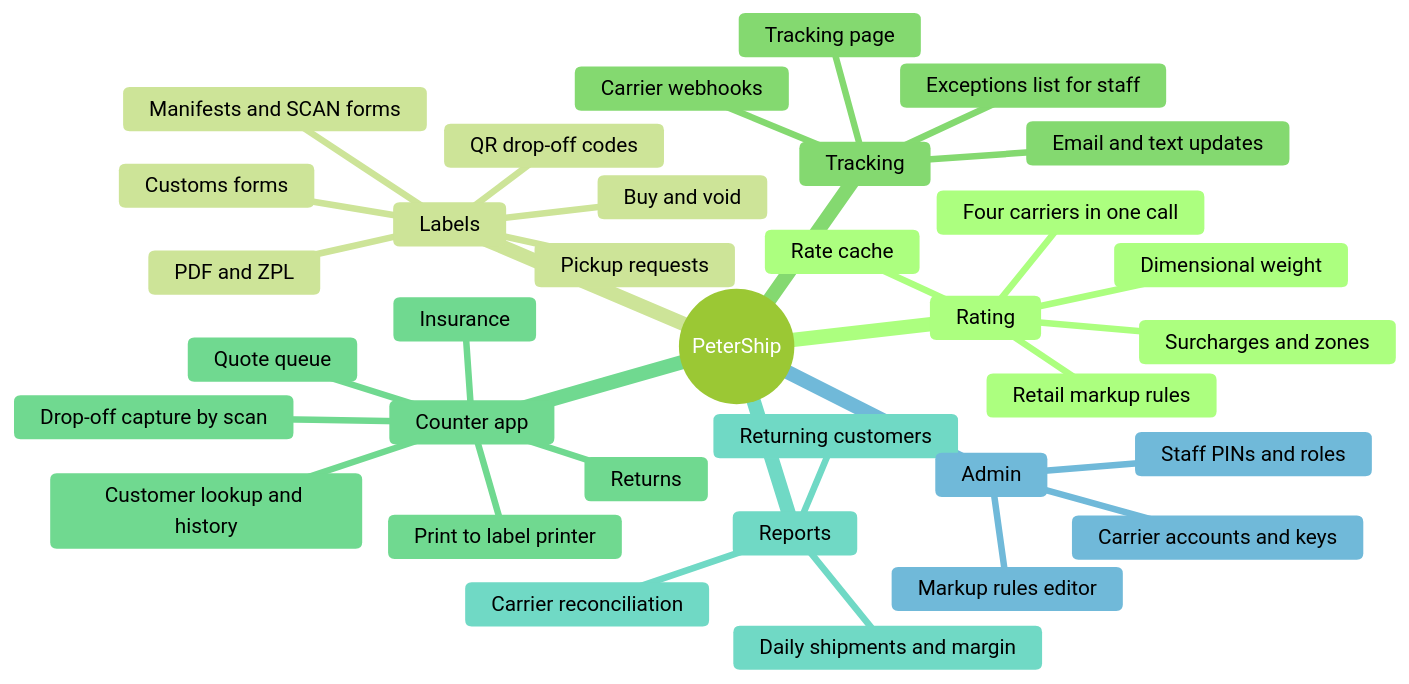
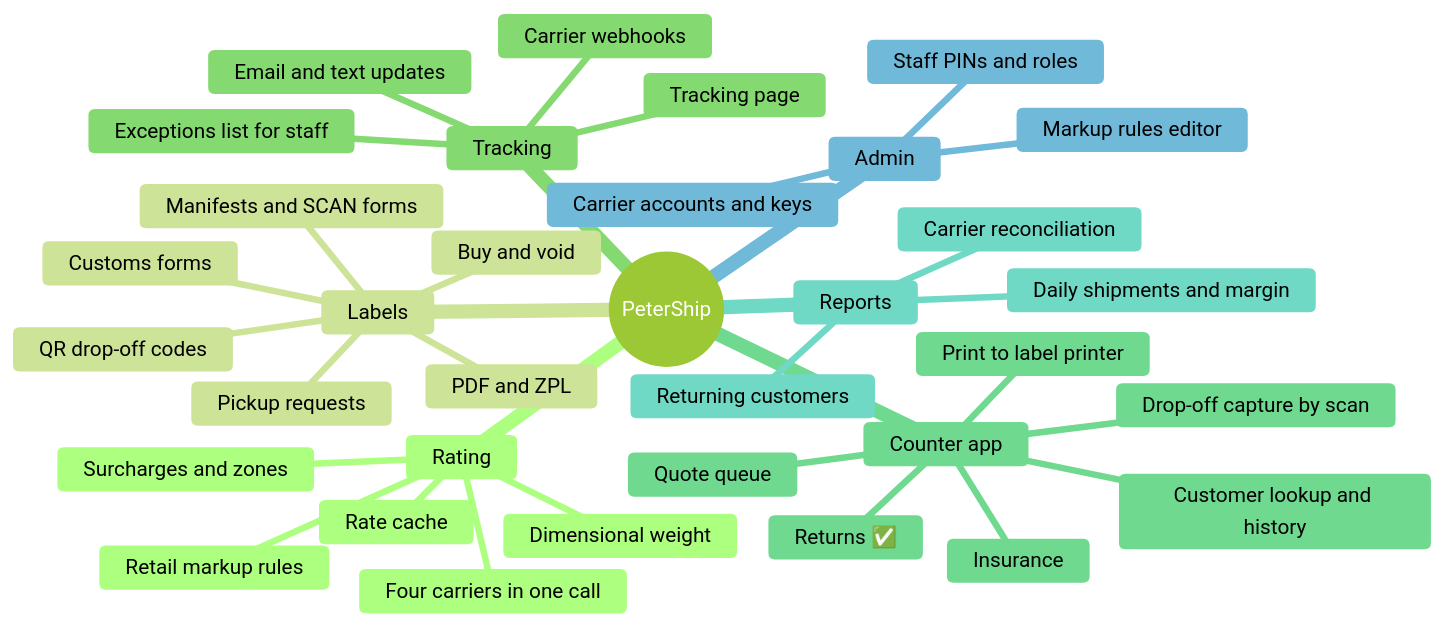
The fifth of 8 diagrams in shipping-client/README.md (wbp318/goin-postal-forsythe), drawn with Mermaid (forest theme) before and after one commit. The commit also changed other lines of this file and 9 other files, not shown here.

````diff
--- a/shipping-client/README.md
+++ b/shipping-client/README.md
@@ -408,37 +411,37 @@
 ```mermaid
 mindmap
   root((PeterShip))
     Rating
       Four carriers in one call
       Dimensional weight
       Surcharges and zones
       Retail markup rules
       Rate cache
     Labels
       Buy and void
       PDF and ZPL
       QR drop-off codes
       Customs forms
       Manifests and SCAN forms
       Pickup requests
     Tracking
       Carrier webhooks
       Tracking page
       Email and text updates
       Exceptions list for staff
     Counter app
       Quote queue
       Drop-off capture by scan
       Customer lookup and history
-      Returns
+      Returns ✅
       Insurance
       Print to label printer
     Reports
       Daily shipments and margin
       Carrier reconciliation
       Returning customers
     Admin
       Carrier accounts and keys
       Markup rules editor
       Staff PINs and roles
 ```
````
